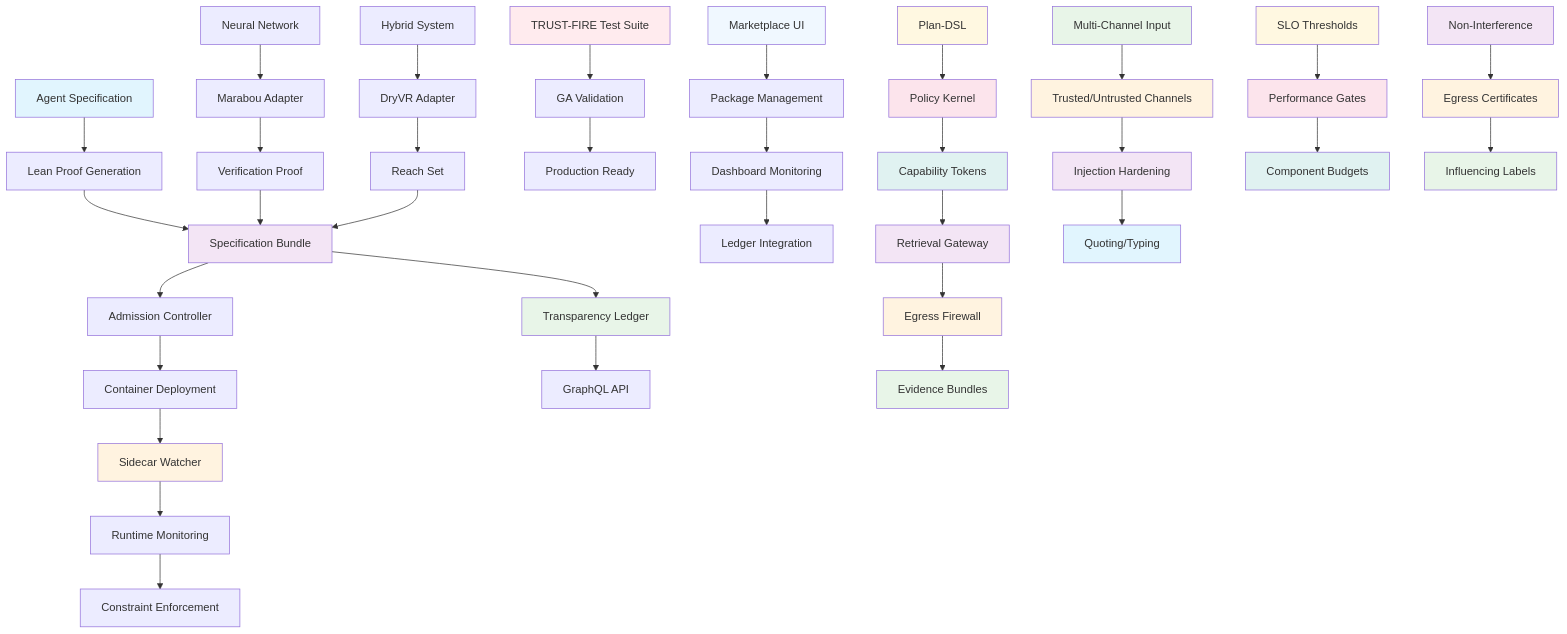
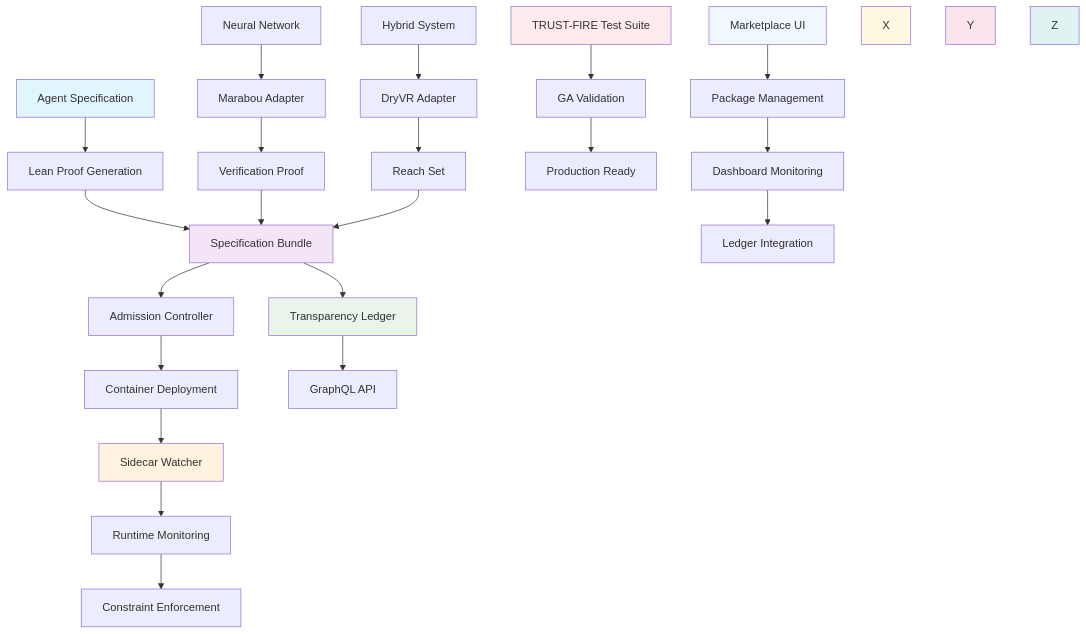
Before and after one commit to SentinelOps-CI/provability-fabric: the diagram in README.md, drawn with Mermaid. The commit also changed other lines of this file and 8498 other files, not shown here.

````diff
--- a/README.md
+++ b/README.md
@@ -214,67 +206,38 @@
 ```mermaid
 flowchart TD
     A[Agent Specification] --> B[Lean Proof Generation]
     B --> C[Specification Bundle]
     C --> D[Admission Controller]
     D --> E[Container Deployment]
     E --> F[Sidecar Watcher]
     F --> G[Runtime Monitoring]
     G --> H[Constraint Enforcement]
 
     I[Neural Network] --> J[Marabou Adapter]
     J --> K[Verification Proof]
     K --> C
 
     L[Hybrid System] --> M[DryVR Adapter]
     M --> N[Reach Set]
     N --> C
 
     C --> O[Transparency Ledger]
     O --> P[GraphQL API]
 
     Q[TRUST-FIRE Test Suite] --> R[GA Validation]
     R --> S[Production Ready]
 
     T[Marketplace UI] --> U[Package Management]
     U --> V[Dashboard Monitoring]
     V --> W[Ledger Integration]
 
-    X[Plan-DSL] --> Y[Policy Kernel]
-    Y --> Z[Capability Tokens]
-    Z --> AA[Retrieval Gateway]
-    AA --> BB[Egress Firewall]
-    BB --> CC[Evidence Bundles]
-
-    DD[Multi-Channel Input] --> EE[Trusted/Untrusted Channels]
-    EE --> FF[Injection Hardening]
-    FF --> GG[Quoting/Typing]
-
-    HH[SLO Thresholds] --> II[Performance Gates]
-    II --> JJ[Component Budgets]
-
-    KK[Non-Interference] --> LL[Egress Certificates]
-    LL --> MM[Influencing Labels]
-
     style A fill:#e1f5fe
     style C fill:#f3e5f5
     style F fill:#fff3e0
     style O fill:#e8f5e8
     style Q fill:#ffebee
     style T fill:#f0f8ff
     style X fill:#fff8e1
     style Y fill:#fce4ec
     style Z fill:#e0f2f1
-    style AA fill:#f3e5f5
-    style BB fill:#fff3e0
-    style CC fill:#e8f5e8
-    style DD fill:#e8f5e8
-    style EE fill:#fff3e0
-    style FF fill:#f3e5f5
-    style GG fill:#e1f5fe
-    style HH fill:#fff8e1
-    style II fill:#fce4ec
-    style JJ fill:#e0f2f1
-    style KK fill:#f3e5f5
-    style LL fill:#fff3e0
-    style MM fill:#e8f5e8
 ```
````
